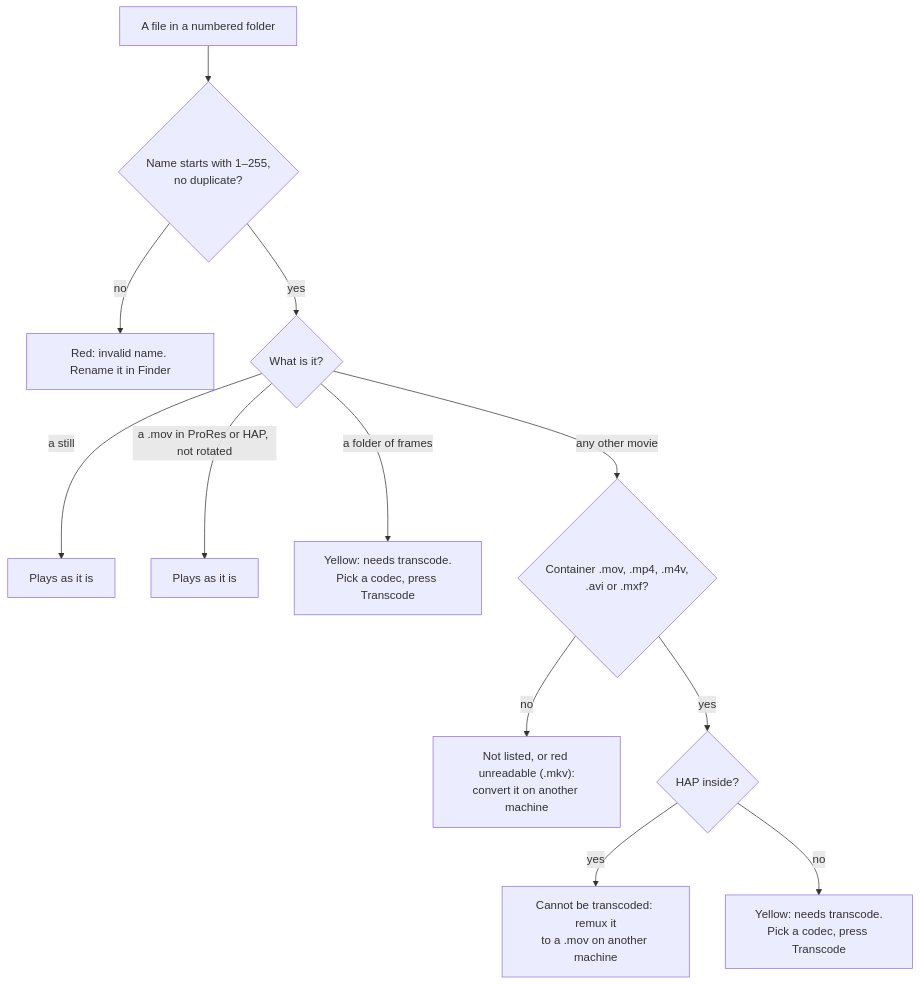
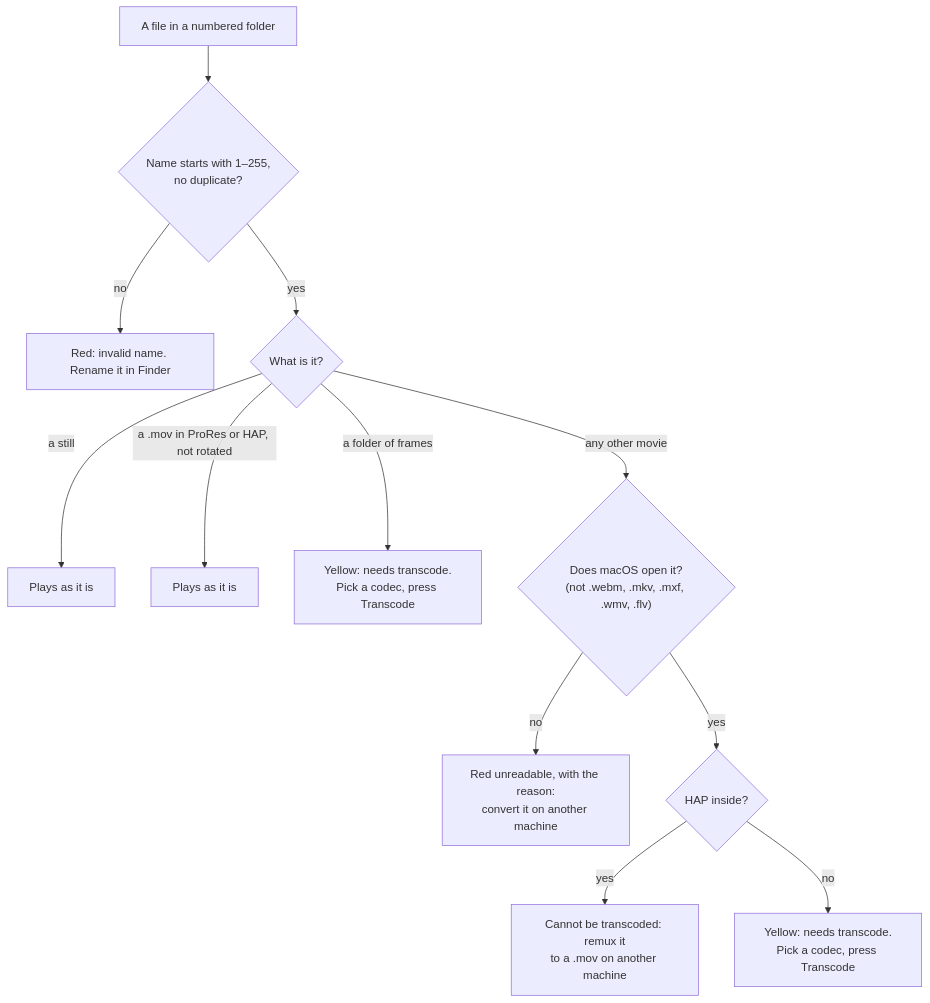
One commit to Timdebruijn/fanous changed the first of 3 diagrams in docs/user/media-library.md. Above: the diagram before and after it, drawn with Mermaid. The commit also changed other lines of this file and 6 other files, not shown here.

Commit message:
List every movie container in the library, unreadable with a reason when AVFoundation cannot open it

````diff
--- a/docs/user/media-library.md
+++ b/docs/user/media-library.md
@@ -113,14 +115,14 @@
 ```mermaid
 flowchart TD
   file["A file in a numbered folder"] --> name{"Name starts with 1–255,<br>no duplicate?"}
   name -- no --> invalid["Red: invalid name. Rename it in Finder"]
   name -- yes --> kind{"What is it?"}
   kind -- "a still" --> still["Plays as it is"]
   kind -- "a .mov in ProRes or HAP, not rotated" --> native["Plays as it is"]
   kind -- "a folder of frames" --> seq["Yellow: needs transcode.<br>Pick a codec, press Transcode"]
-  kind -- "any other movie" --> other{"Container .mov, .mp4, .m4v,<br>.avi or .mxf?"}
-  other -- no --> skipped["Not listed, or red unreadable (.mkv):<br>convert it on another machine"]
+  kind -- "any other movie" --> other{"Does macOS open it?<br>(not .webm, .mkv, .mxf, .wmv, .flv)"}
+  other -- no --> skipped["Red unreadable, with the reason:<br>convert it on another machine"]
   other -- yes --> hap{"HAP inside?"}
   hap -- yes --> haphand["Cannot be transcoded: remux it<br>to a .mov on another machine"]
   hap -- no --> transcode["Yellow: needs transcode.<br>Pick a codec, press Transcode"]
 ```
````
